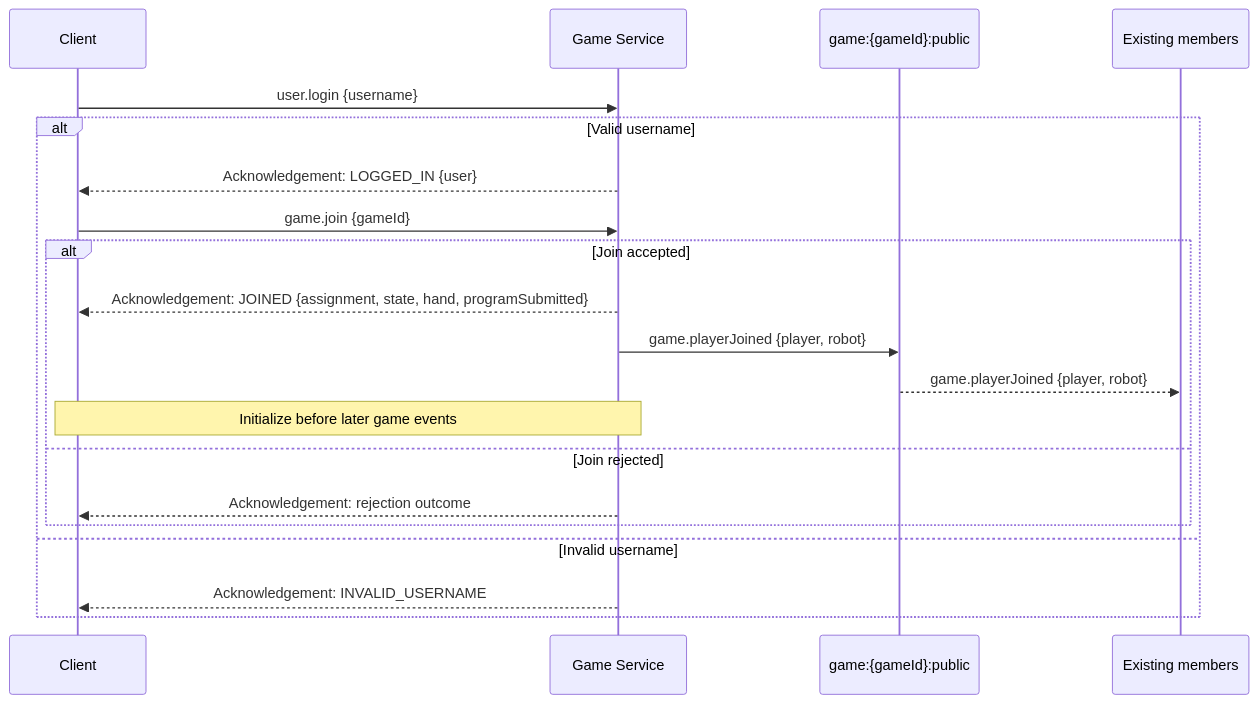
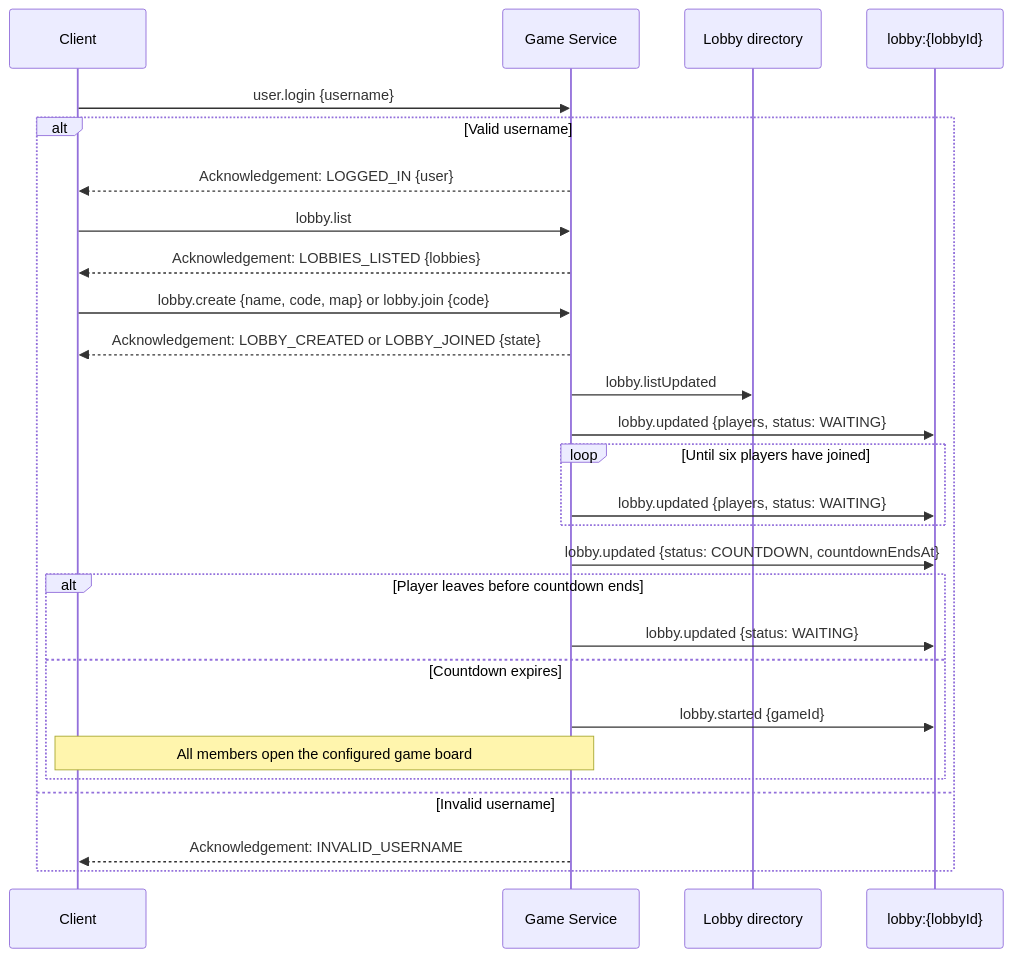
One commit to hananinas/RoboRally changed the first of 4 diagrams in docs/Communication.md. Above: the diagram before and after it, drawn with Mermaid. The commit also changed other lines of this file and 15 other files, not shown here.

Commit message:
create new lobby function

````diff
--- a/docs/Communication.md
+++ b/docs/Communication.md
@@ -59,23 +81,30 @@
 ```mermaid
 sequenceDiagram
     participant Client
     participant Server as Game Service
-    participant Public as game:{gameId}:public
-    participant Others as Existing members
+    participant Directory as Lobby directory
+    participant Room as lobby:{lobbyId}
 
     Client->>Server: user.login {username}
     alt Valid username
         Server-->>Client: Acknowledgement: LOGGED_IN {user}
-        Client->>Server: game.join {gameId}
-        alt Join accepted
-            Server-->>Client: Acknowledgement: JOINED {assignment, state, hand, programSubmitted}
-            Server->>Public: game.playerJoined {player, robot}
-            Public-->>Others: game.playerJoined {player, robot}
-            Note over Client,Server: Initialize before later game events
-        else Join rejected
-            Server-->>Client: Acknowledgement: rejection outcome
+        Client->>Server: lobby.list
+        Server-->>Client: Acknowledgement: LOBBIES_LISTED {lobbies}
+        Client->>Server: lobby.create {name, code, map} or lobby.join {code}
+        Server-->>Client: Acknowledgement: LOBBY_CREATED or LOBBY_JOINED {state}
+        Server->>Directory: lobby.listUpdated
+        Server->>Room: lobby.updated {players, status: WAITING}
+        loop Until six players have joined
+            Server->>Room: lobby.updated {players, status: WAITING}
+        end
+        Server->>Room: lobby.updated {status: COUNTDOWN, countdownEndsAt}
+        alt Player leaves before countdown ends
+            Server->>Room: lobby.updated {status: WAITING}
+        else Countdown expires
+            Server->>Room: lobby.started {gameId}
+            Note over Client,Server: All members open the configured game board
         end
     else Invalid username
         Server-->>Client: Acknowledgement: INVALID_USERNAME
     end
 ```
````
